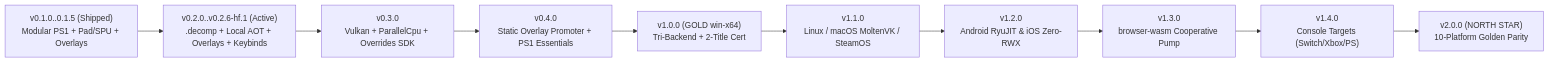
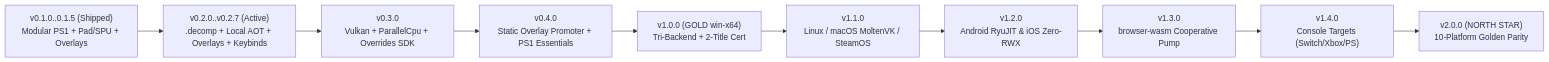
One commit to StreamItAllGit/reSlate changed the diagram in ROADMAP.md. Above: the diagram before and after it, drawn with Mermaid. The commit also changed other lines of this file and 25 other files, not shown here.

````diff
--- a/ROADMAP.md
+++ b/ROADMAP.md
@@ -33,12 +34,12 @@
 ```mermaid
 flowchart LR
-    V01["v0.1.0..0.1.5 (Shipped)\nModular PS1 + Pad/SPU + Overlays"] --> V02["v0.2.0..v0.2.6-hf.1 (Active)\n.decomp + Local AOT + Overlays + Keybinds"]
+    V01["v0.1.0..0.1.5 (Shipped)\nModular PS1 + Pad/SPU + Overlays"] --> V02["v0.2.0..v0.2.7 (Active)\n.decomp + Local AOT + Overlays + Keybinds"]
     V02 --> V03["v0.3.0\nVulkan + ParallelCpu + Overrides SDK"]
     V03 --> V04["v0.4.0\nStatic Overlay Promoter + PS1 Essentials"]
     V04 --> V10["v1.0.0 (GOLD win-x64)\nTri-Backend + 2-Title Cert"]
     V10 --> V11["v1.1.0\nLinux / macOS MoltenVK / SteamOS"]
     V11 --> V12["v1.2.0\nAndroid RyuJIT & iOS Zero-RWX"]
     V12 --> V13["v1.3.0\nbrowser-wasm Cooperative Pump"]
     V13 --> V14["v1.4.0\nConsole Targets (Switch/Xbox/PS)"]
     V14 --> V20["v2.0.0 (NORTH STAR)\n10-Platform Golden Parity"]
 ```
````
